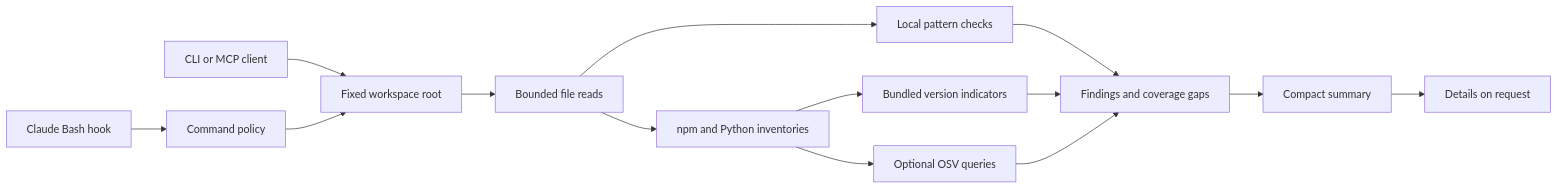
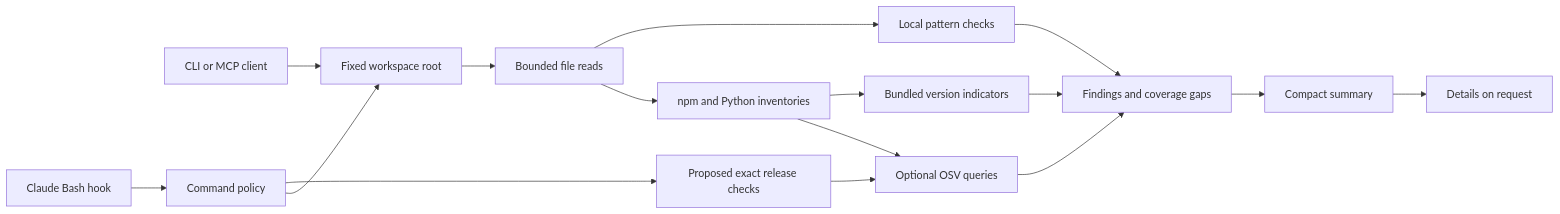
Before and after one commit to DocBadTouch/Protection-Agency: the diagram in docs/ARCHITECTURE.md, drawn with Mermaid. The commit also changed other lines of this file and 26 other files, not shown here.

````diff
--- a/docs/ARCHITECTURE.md
+++ b/docs/ARCHITECTURE.md
@@ -3,16 +3,18 @@
 ```mermaid
 flowchart LR
   A[CLI or MCP client] --> B[Fixed workspace root]
   H[Claude Bash hook] --> P[Command policy]
+  P --> T[Proposed exact release checks]
+  T --> O
   P --> B
   B --> R[Bounded file reads]
   R --> S[Local pattern checks]
   R --> D[npm and Python inventories]
   D --> I[Bundled version indicators]
   D --> O[Optional OSV queries]
   S --> F[Findings and coverage gaps]
   I --> F
   O --> F
   F --> C[Compact summary]
   C --> E[Details on request]
 ```
````
